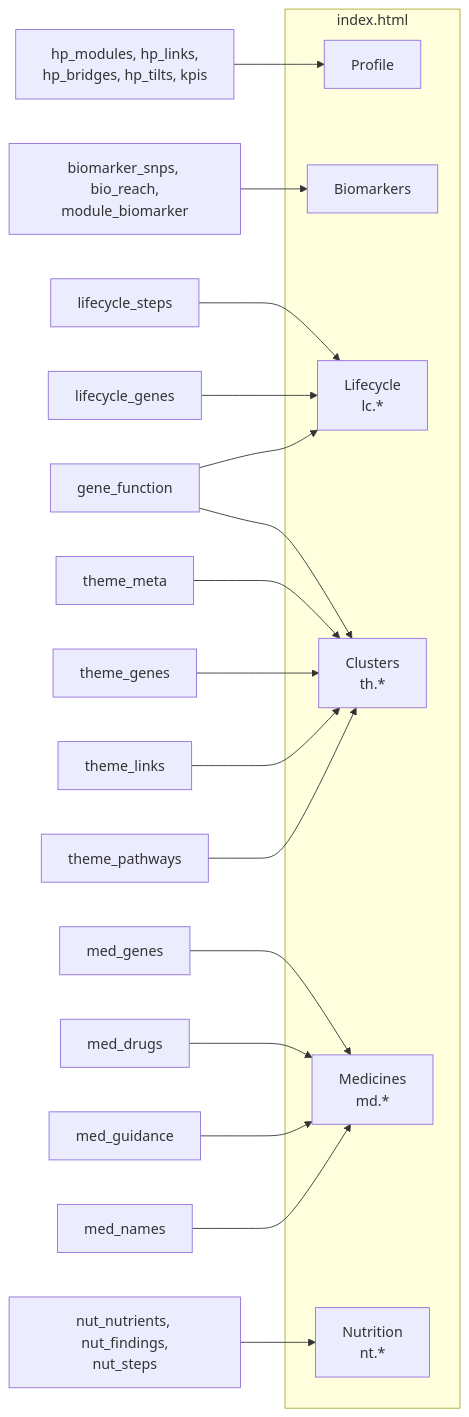
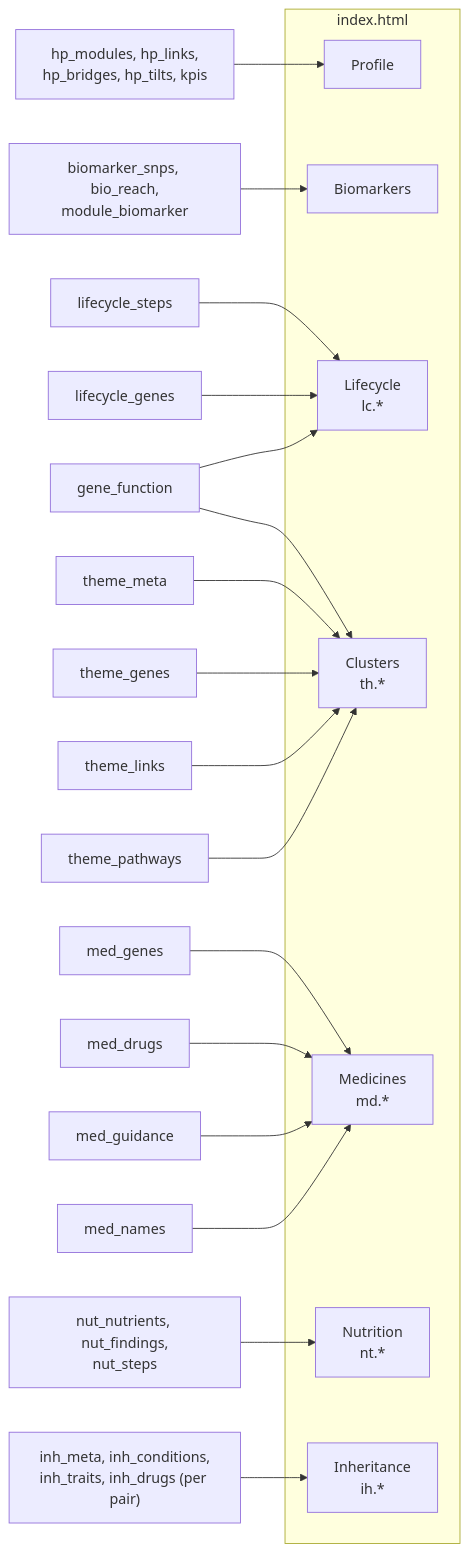
The first of 4 diagrams in docs/architecture/explorer.md (Lyceriuss/DNA-Analyzer), drawn with Mermaid before and after one commit. The commit also changed 25 other files, not shown here.

````diff
--- a/docs/architecture/explorer.md
+++ b/docs/architecture/explorer.md
@@ -8,26 +8,28 @@
 ```mermaid
 flowchart LR
     subgraph PAGE["index.html"]
         P["Profile"]
         B["Biomarkers"]
         L["Lifecycle<br/>lc.*"]
         C["Clusters<br/>th.*"]
         M["Medicines<br/>md.*"]
         N["Nutrition<br/>nt.*"]
+        I["Inheritance<br/>ih.*"]
     end
+    IH["inh_meta, inh_conditions,<br/>inh_traits, inh_drugs (per pair)"] --> I
     HM["hp_modules, hp_links,<br/>hp_bridges, hp_tilts, kpis"] --> P
     BS["biomarker_snps, bio_reach,<br/>module_biomarker"] --> B
     LS["lifecycle_steps"] --> L
     LG["lifecycle_genes"] --> L
     GF["gene_function"] --> L
     GF --> C
     TM["theme_meta"] --> C
     TG["theme_genes"] --> C
     TL["theme_links"] --> C
     TP["theme_pathways"] --> C
     MG["med_genes"] --> M
     MD["med_drugs"] --> M
     MGU["med_guidance"] --> M
     MN["med_names"] --> M
     NN["nut_nutrients, nut_findings,<br/>nut_steps"] --> N
 ```
````
